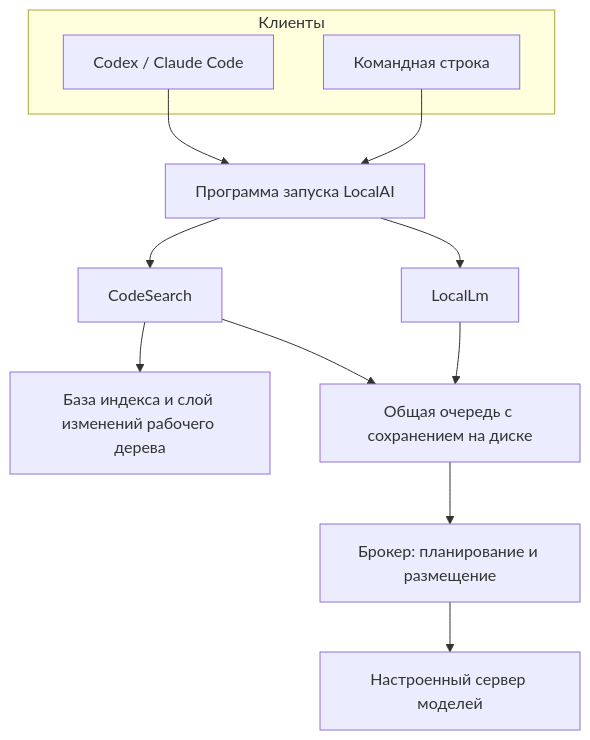
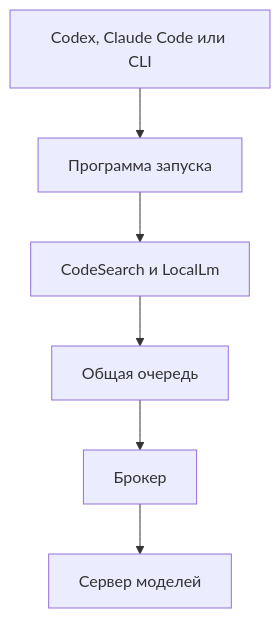
One commit to MrAliev/local-ai-toolkit changed the first of 2 diagrams in docs/wiki/Architecture.ru.md. Above: the diagram before and after it, drawn with Mermaid. The commit also changed other lines of this file and 14 other files, not shown here.

````diff
--- a/docs/wiki/Architecture.ru.md
+++ b/docs/wiki/Architecture.ru.md
@@ -9,16 +9,8 @@
 ```mermaid
 flowchart TB
-  subgraph clients["Клиенты"]
-    agent["Codex / Claude Code"]
-    cli["Командная строка"]
-  end
-  agent --> launcher["Программа запуска LocalAI"]
-  cli --> launcher
-  launcher --> search["CodeSearch"]
-  launcher --> local["LocalLm"]
-  search --> index["База индекса и слой изменений рабочего дерева"]
-  search --> queue["Общая очередь с сохранением на диске"]
-  local --> queue
-  queue --> broker["Брокер: планирование и размещение"]
-  broker --> models["Настроенный сервер моделей"]
+  clients["Codex, Claude Code или CLI"] --> launcher["Программа запуска"]
+  launcher --> tools["CodeSearch и LocalLm"]
+  tools --> queue["Общая очередь"]
+  queue --> broker["Брокер"]
+  broker --> models["Сервер моделей"]
 ```
````
